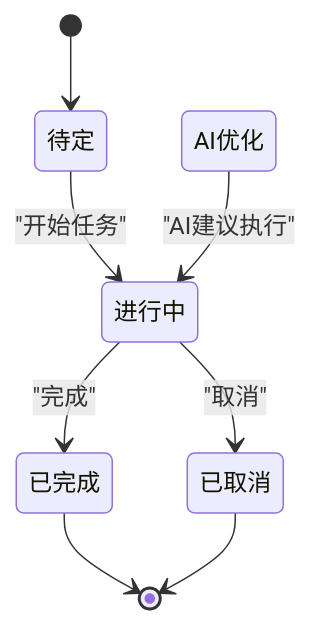
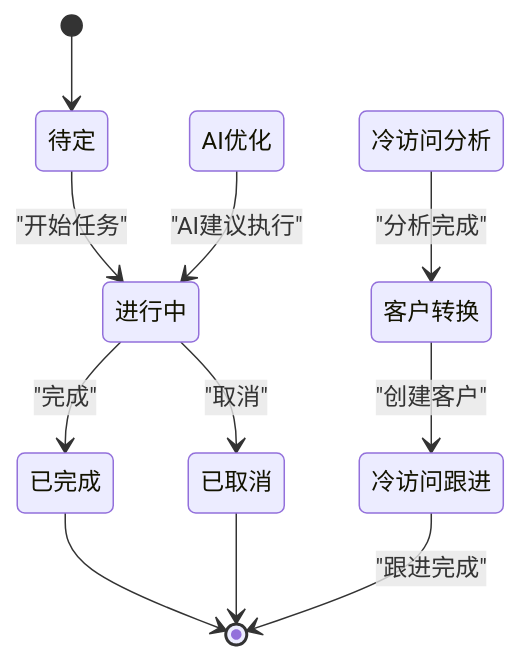
One commit to xianjianshenqu/SalesFlow-CRM changed the fifth of 11 diagrams in .qoder/repowiki/zh/content/核心组件/日程管理组件 (DailySchedule).md. Above: the diagram before and after it, drawn with Mermaid. The commit also changed other lines of this file and 9 other files, not shown here.

````diff
--- a/.qoder/repowiki/zh/content/核心组件/日程管理组件 (DailySchedule).md
+++ b/.qoder/repowiki/zh/content/核心组件/日程管理组件 (DailySchedule).md
@@ -177,10 +204,13 @@
 ```mermaid
 stateDiagram-v2
 [*] --> 待定
 待定 --> 进行中 : "开始任务"
 进行中 --> 已完成 : "完成"
 进行中 --> 已取消 : "取消"
 已完成 --> [*]
 已取消 --> [*]
 AI优化 --> 进行中 : "AI建议执行"
+冷访问分析 --> 客户转换 : "分析完成"
+客户转换 --> 冷访问跟进 : "创建客户"
+冷访问跟进 --> [*] : "跟进完成"
 ```
````
